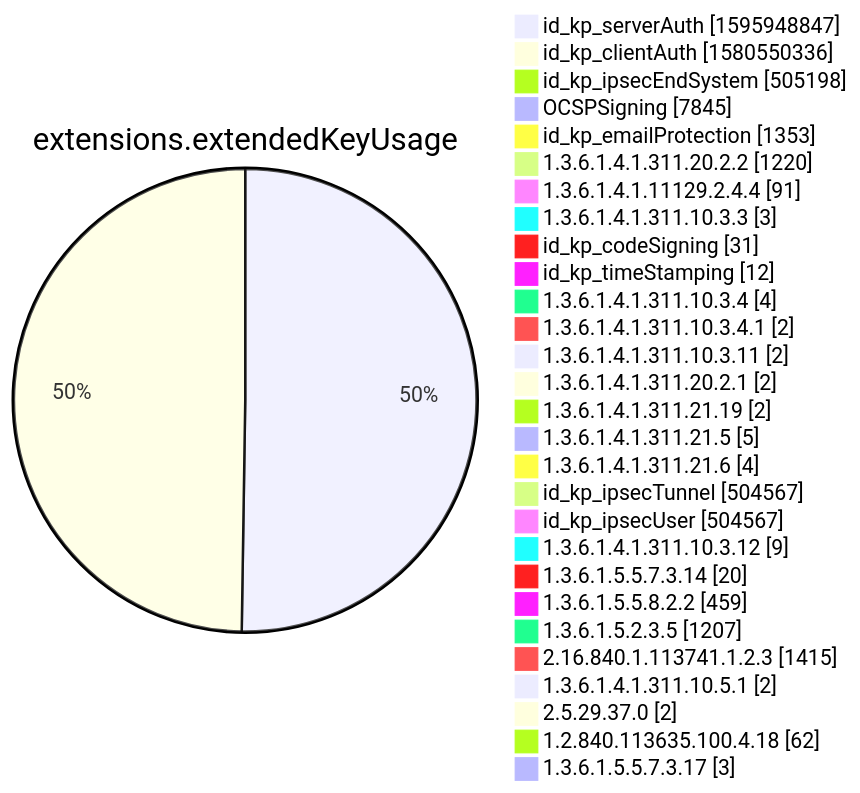
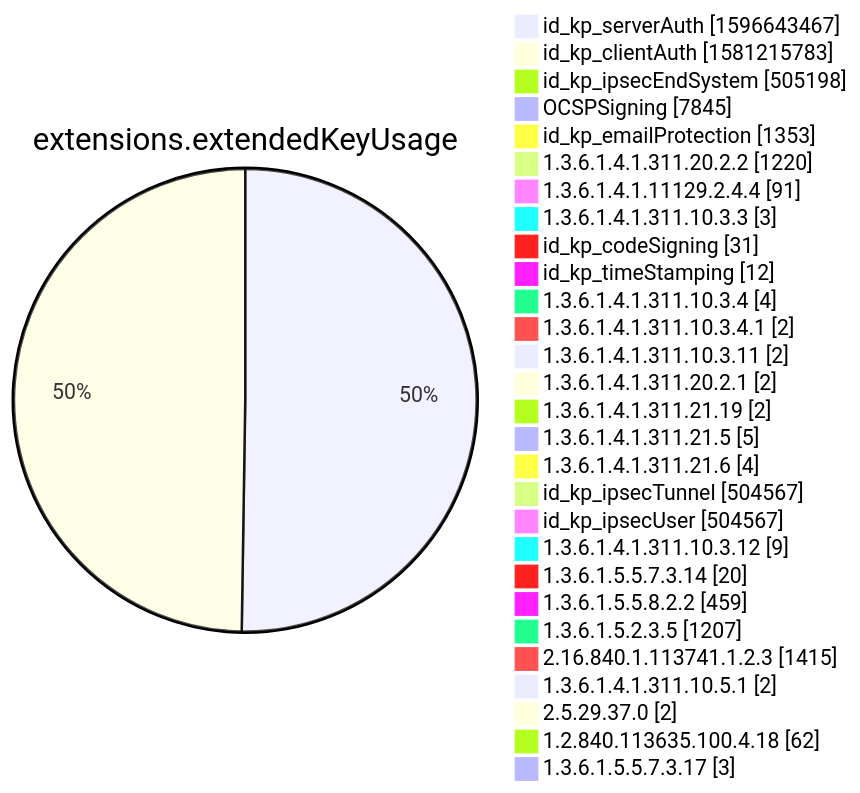
Diagram 12 of 15 in xenon2022/README.md (christiankrug/ctmonitor_visualization), drawn with Mermaid before and after one commit. The commit also changed other lines of this file, not shown here.

````diff
--- a/xenon2022/README.md
+++ b/xenon2022/README.md
@@ -3885,32 +3885,32 @@
 ```mermaid
 pie showData
 title extensions.extendedKeyUsage
-"id_kp_serverAuth" :1595948847
-"id_kp_clientAuth" :1580550336
+"id_kp_serverAuth" :1596643467
+"id_kp_clientAuth" :1581215783
 "id_kp_ipsecEndSystem" :505198
 "OCSPSigning" :7845
 "id_kp_emailProtection" :1353
 "1.3.6.1.4.1.311.20.2.2" :1220
 "1.3.6.1.4.1.11129.2.4.4" :91
 "1.3.6.1.4.1.311.10.3.3" :3
 "id_kp_codeSigning" :31
 "id_kp_timeStamping" :12
 "1.3.6.1.4.1.311.10.3.4" :4
 "1.3.6.1.4.1.311.10.3.4.1" :2
 "1.3.6.1.4.1.311.10.3.11" :2
 "1.3.6.1.4.1.311.20.2.1" :2
 "1.3.6.1.4.1.311.21.19" :2
 "1.3.6.1.4.1.311.21.5" :5
 "1.3.6.1.4.1.311.21.6" :4
 "id_kp_ipsecTunnel" :504567
 "id_kp_ipsecUser" :504567
 "1.3.6.1.4.1.311.10.3.12" :9
 "1.3.6.1.5.5.7.3.14" :20
 "1.3.6.1.5.5.8.2.2" :459
 "1.3.6.1.5.2.3.5" :1207
 "2.16.840.1.113741.1.2.3" :1415
 "1.3.6.1.4.1.311.10.5.1" :2
 "2.5.29.37.0" :2
 "1.2.840.113635.100.4.18" :62
 "1.3.6.1.5.5.7.3.17" :3
 ```
````
